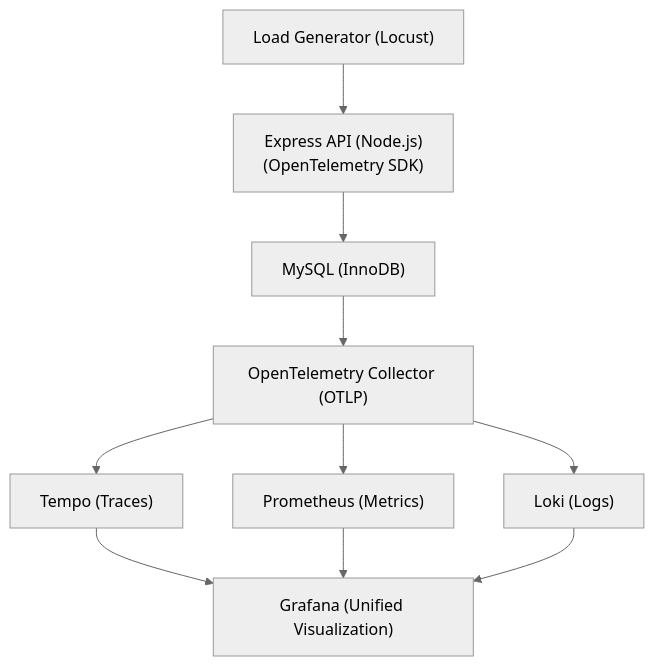
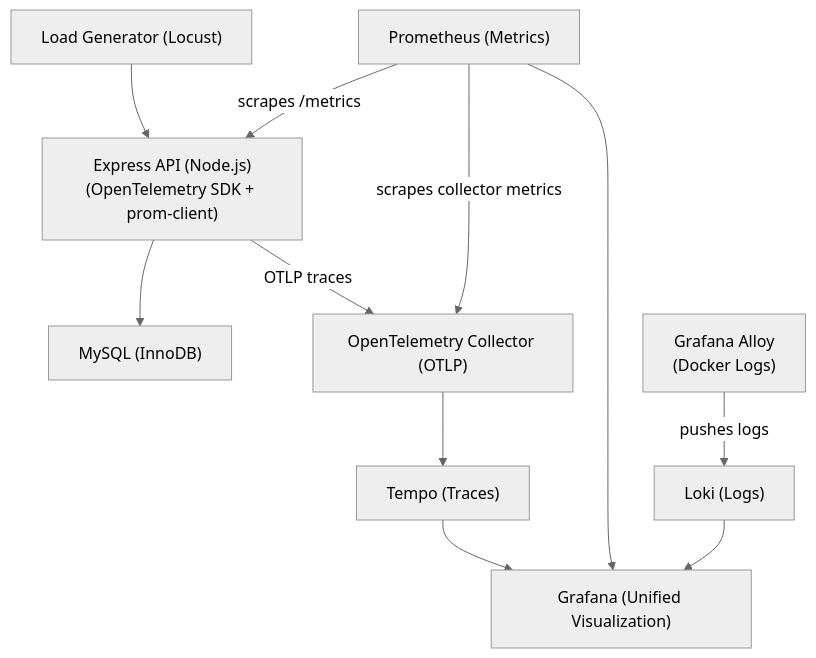
One commit to nelsiroh/mysql-api-project changed the second of 2 diagrams in README.md. Above: the diagram before and after it, drawn with Mermaid. The commit also changed other lines of this file and 1 other file, not shown here.

Commit message:
Updated README.md to mention Grafana Alloy, updated diagrams, tweaked table seeding script to use python3

````diff
--- a/README.md
+++ b/README.md
@@ -85,25 +92,27 @@
 ```mermaid
 %%{init: {'theme':'neutral','themeVariables':{'fontSize':'16px'}}}%%
 flowchart TD
 
 L["Load Generator (Locust)"]
-A["Express API (Node.js)<br/>(OpenTelemetry SDK)"]
+A["Express API (Node.js)<br/>(OpenTelemetry SDK + prom-client)"]
 D["MySQL (InnoDB)"]
 C["OpenTelemetry Collector (OTLP)"]
 T["Tempo (Traces)"]
 M["Prometheus (Metrics)"]
 K["Loki (Logs)"]
+Y["Grafana Alloy<br/>(Docker Logs)"]
 G["Grafana (Unified Visualization)"]
 
 L --> A
 A --> D
-D --> C
+A -->|OTLP traces| C
+M -->|scrapes /metrics| A
+M -->|scrapes collector metrics| C
+Y -->|pushes logs| K
 
 C --> T
-C --> M
-C --> K
 
 T --> G
 M --> G
 K --> G
 ```
````
